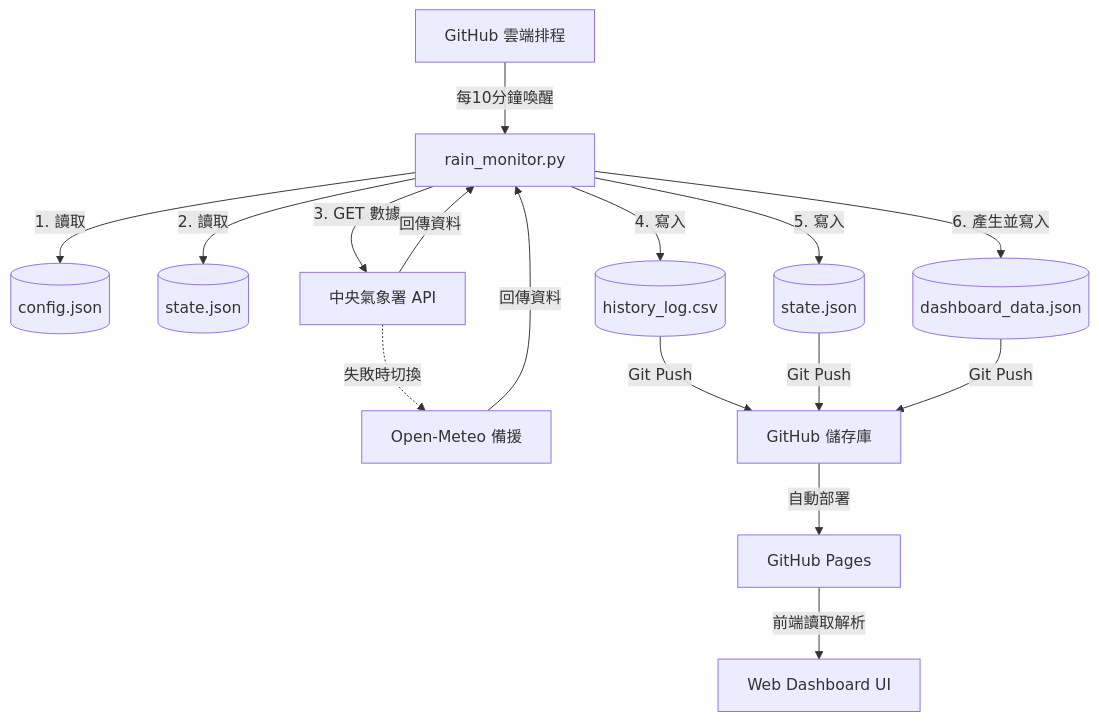
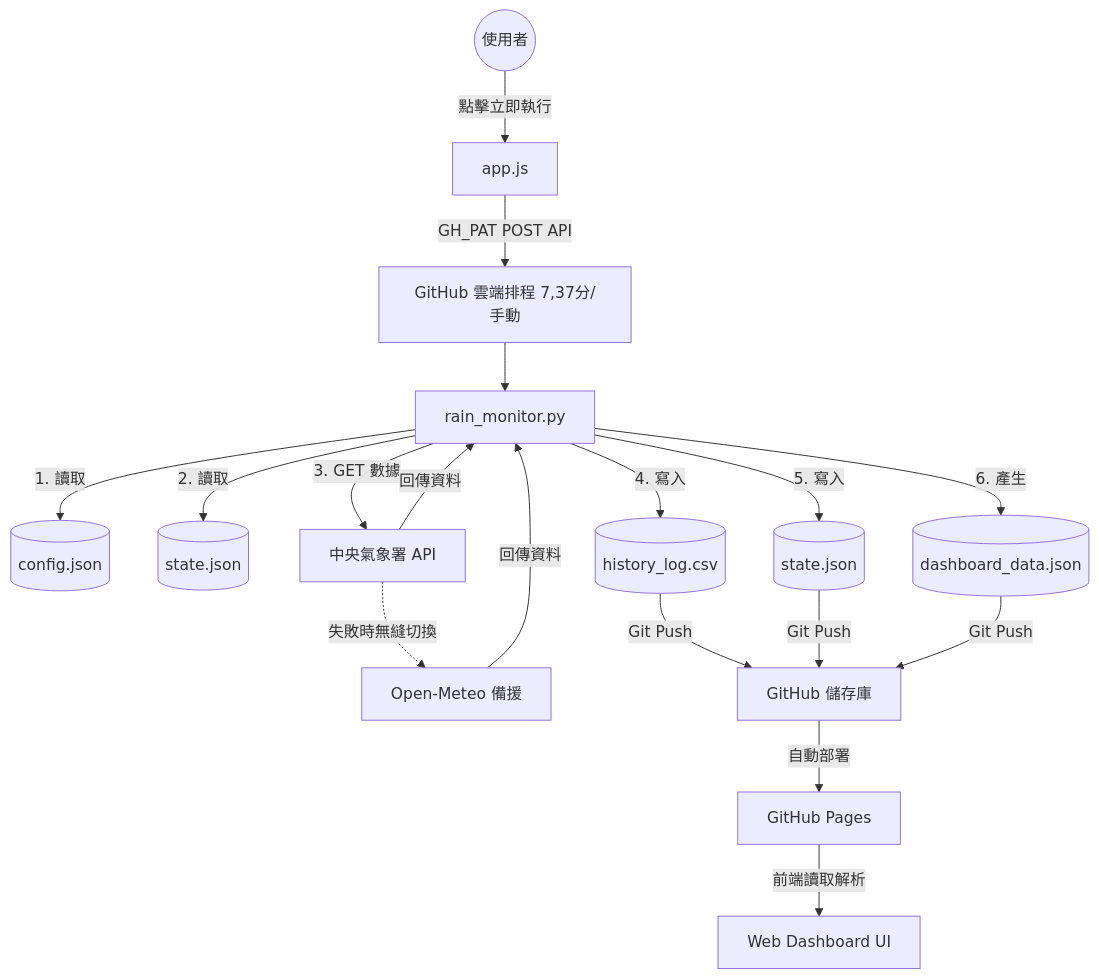
Before and after one commit to fuyoung205122/company-line-notify: the diagram in AI_CONTEXT.md, drawn with Mermaid. The commit also changed other lines of this file, not shown here.

Commit message:
docs: update AI_CONTEXT.md with V2 final architecture

````diff
--- a/AI_CONTEXT.md
+++ b/AI_CONTEXT.md
@@ -51,22 +55,25 @@
 ```mermaid
 graph TD
-    Trigger[GitHub 雲端排程] -->|每10分鐘喚醒| Exec[rain_monitor.py]
+    User((使用者)) -->|點擊立即執行| JS[app.js]
+    JS -->|GH_PAT POST API| Trigger
+    
+    Trigger[GitHub 雲端排程 7,37分/手動] --> Exec[rain_monitor.py]
     Exec -->|1. 讀取| Config[(config.json)]
     Exec -->|2. 讀取| State[(state.json)]
     Exec -->|3. GET 數據| CWA[中央氣象署 API]
-    CWA -.->|失敗時切換| OpenMeteo[Open-Meteo 備援]
+    CWA -.->|失敗時無縫切換| OpenMeteo[Open-Meteo 備援]
     
     CWA -->|回傳資料| Exec
     OpenMeteo -->|回傳資料| Exec
 
     Exec -->|4. 寫入| History[(history_log.csv)]
     Exec -->|5. 寫入| StateOut[(state.json)]
-    Exec -->|6. 產生並寫入| DashData[(dashboard_data.json)]
+    Exec -->|6. 產生| DashData[(dashboard_data.json)]
     
     History -->|Git Push| GitHub[GitHub 儲存庫]
     StateOut -->|Git Push| GitHub
     DashData -->|Git Push| GitHub
     
     GitHub -->|自動部署| Pages[GitHub Pages]
     Pages -->|前端讀取解析| Dashboard[Web Dashboard UI]
 ```
````
